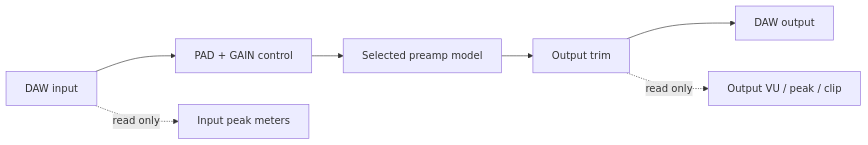
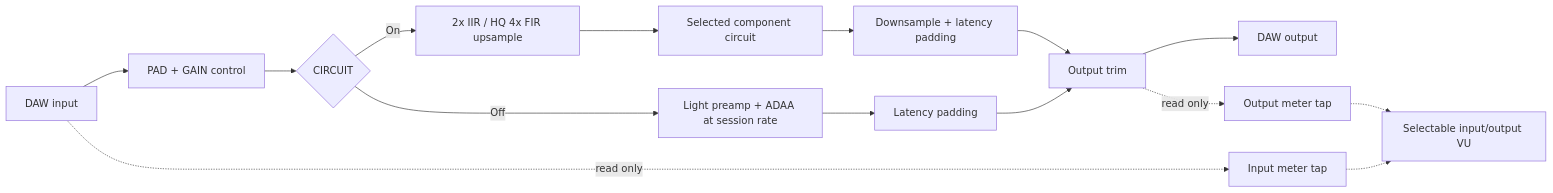
The first of 2 diagrams in CIRCUIT_EXPLAINED.md (MistaMin/OpenPreamp), drawn with Mermaid before and after one commit. The commit also changed other lines of this file and 15 other files, not shown here.

Commit message:
Prepare OpenPreamp 0.2.2 with circuit oversampling, native ADAA and portrait UI

````diff
--- a/CIRCUIT_EXPLAINED.md
+++ b/CIRCUIT_EXPLAINED.md
@@ -9,9 +10,17 @@
 ```mermaid
 flowchart LR
     I[DAW input] --> P[PAD + GAIN control]
-    P --> C[Selected preamp model]
-    C --> T[Output trim]
+    P --> M{CIRCUIT}
+    M -->|On| U[2x IIR / HQ 4x FIR upsample]
+    U --> C[Selected component circuit]
+    C --> D[Downsample + latency padding]
+    M -->|Off| A[Light preamp + ADAA at session rate]
+    A --> L[Latency padding]
+    D --> T[Output trim]
+    L --> T
     T --> O[DAW output]
-    I -. read only .-> IM[Input peak meters]
-    T -. read only .-> OM[Output VU / peak / clip]
+    I -. read only .-> IM[Input meter tap]
+    T -. read only .-> OM[Output meter tap]
+    IM -.-> V[Selectable input/output VU]
+    OM -.-> V
 ```
````
